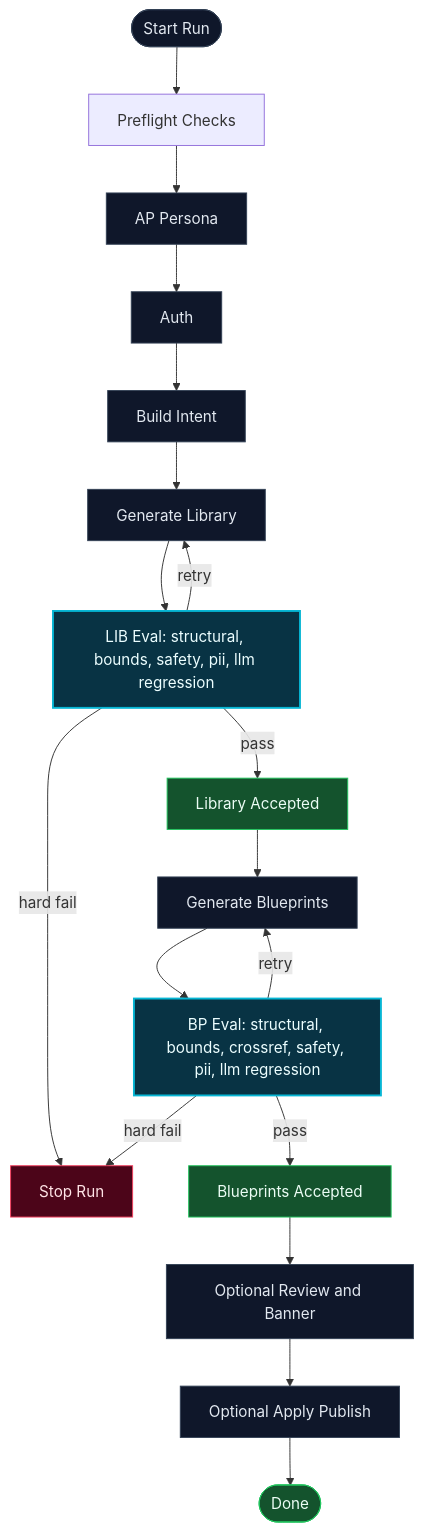
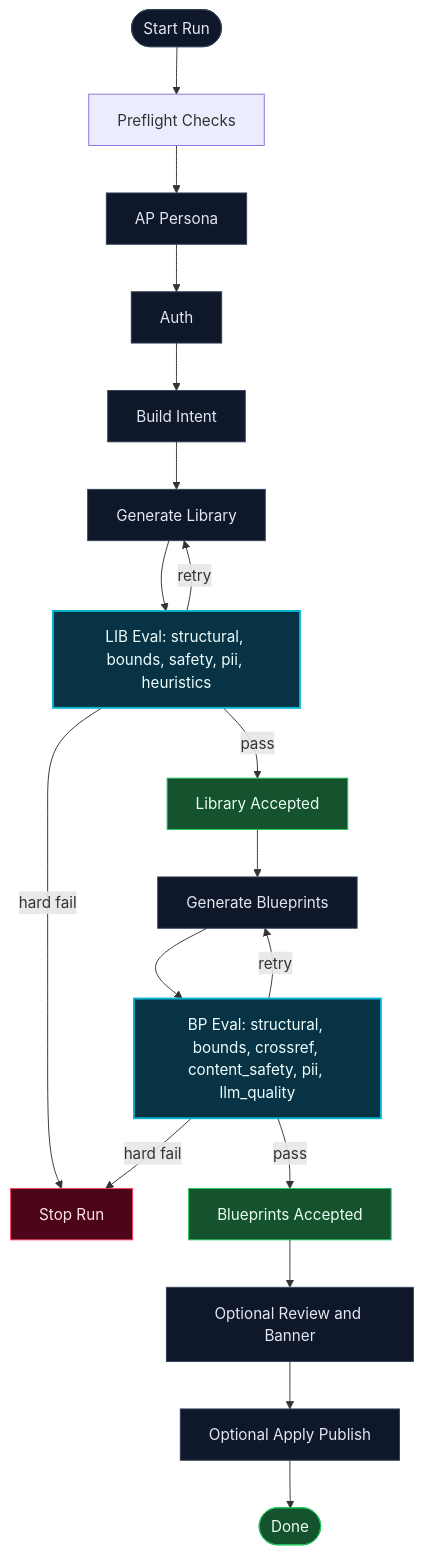
One commit to dsvikstrand/remix-of-stackwise-advisor changed the diagram in docs/ass_das/ASS_simple.mmd. Above: the diagram before and after it, drawn with Mermaid. The commit also changed 30 other files, not shown here.

Commit message:
ass: migrate to global blueprint quality/content safety and retire golden method assets

```diff
--- a/docs/ass_das/ASS_simple.mmd
+++ b/docs/ass_das/ASS_simple.mmd
@@ -1,37 +1,37 @@
 flowchart TD
   %% ASS simple conceptual map
   %% Major stages only + eval gates
 
   START([Start Run]) --> PREFLIGHT[Preflight Checks]
   PREFLIGHT --> AP[AP Persona]
   AP --> AUTH[Auth]
   AUTH --> INTENT[Build Intent]
 
   INTENT --> LIB_GEN[Generate Library]
-  LIB_GEN --> LIB_EVAL["LIB Eval: structural, bounds, safety, pii, llm regression"]
+  LIB_GEN --> LIB_EVAL["LIB Eval: structural, bounds, safety, pii, heuristics"]
 
   LIB_EVAL -->|pass| LIB_OK[Library Accepted]
   LIB_EVAL -->|retry| LIB_GEN
   LIB_EVAL -->|hard fail| STOP[Stop Run]
 
   LIB_OK --> BP_GEN[Generate Blueprints]
-  BP_GEN --> BP_EVAL["BP Eval: structural, bounds, crossref, safety, pii, llm regression"]
+  BP_GEN --> BP_EVAL["BP Eval: structural, bounds, crossref, content_safety, pii, llm_quality"]
 
   BP_EVAL -->|pass| BP_OK[Blueprints Accepted]
   BP_EVAL -->|retry| BP_GEN
   BP_EVAL -->|hard fail| STOP
 
   BP_OK --> REVIEW[Optional Review and Banner]
   REVIEW --> APPLY[Optional Apply Publish]
   APPLY --> DONE([Done])
 
   %% Visual grouping
   classDef stage fill:#0f172a,stroke:#334155,color:#e2e8f0,stroke-width:1px;
   classDef eval fill:#083344,stroke:#06b6d4,color:#ecfeff,stroke-width:2px;
   classDef ok fill:#14532d,stroke:#22c55e,color:#ecfdf5,stroke-width:1px;
   classDef stop fill:#4c0519,stroke:#f43f5e,color:#ffe4e6,stroke-width:1px;
 
   class START,AP,AUTH,INTENT,LIB_GEN,BP_GEN,REVIEW,APPLY stage;
   class LIB_EVAL,BP_EVAL eval;
   class LIB_OK,BP_OK,DONE ok;
   class STOP stop;
```
